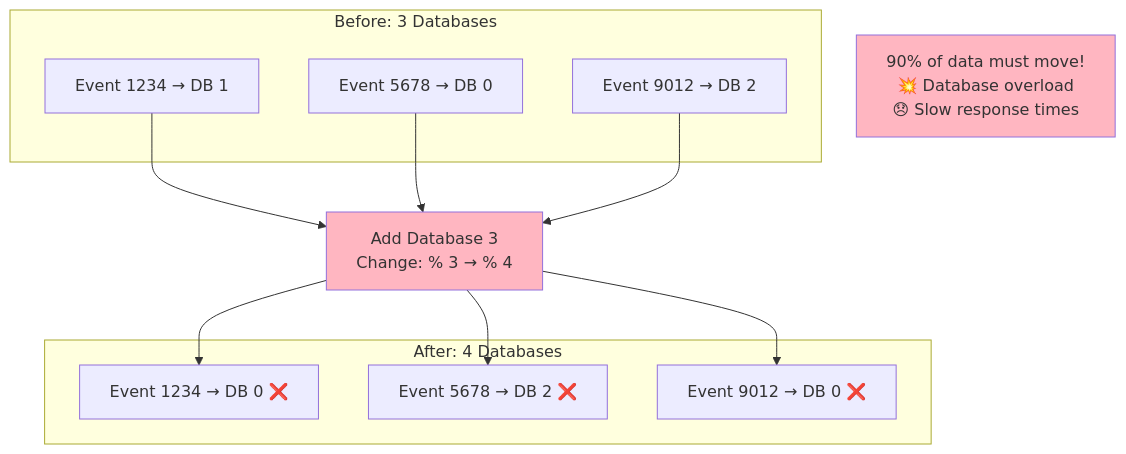
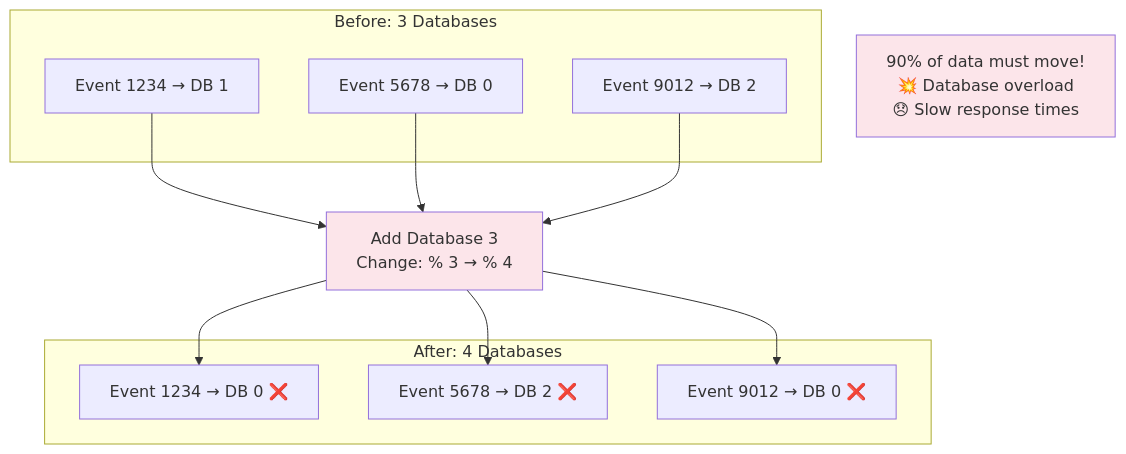
One commit to cartmancodes/InterviewVault changed the eighth of 34 diagrams in LLD/CoreConcepts/ConsistentHashing.md. Above: the diagram before and after it, drawn with Mermaid. The commit also changed other lines of this file and 679 other files, not shown here.

Commit message:
Unify content diagrams and add accessible visual walkthroughs

````diff
--- a/LLD/CoreConcepts/ConsistentHashing.md
+++ b/LLD/CoreConcepts/ConsistentHashing.md
@@ -190,29 +190,29 @@
 ```mermaid
 graph TB
     subgraph "Before: 3 Databases"
         B_E1[Event 1234 → DB 1]
         B_E2[Event 5678 → DB 0]
         B_E3[Event 9012 → DB 2]
     end
     
     ADD[Add Database 3<br/>Change: % 3 → % 4]
     
     subgraph "After: 4 Databases"
         A_E1[Event 1234 → DB 0 ❌]
         A_E2[Event 5678 → DB 2 ❌]
         A_E3[Event 9012 → DB 0 ❌]
     end
     
     B_E1 --> ADD
     B_E2 --> ADD
     B_E3 --> ADD
     
     ADD --> A_E1
     ADD --> A_E2
     ADD --> A_E3
     
     NOTE[90% of data must move!<br/>💥 Database overload<br/>😞 Slow response times]
     
-    style ADD fill:#FFB6C1
-    style NOTE fill:#FFB6C1
+    style ADD fill:#FCE5EA
+    style NOTE fill:#FCE5EA
 ```
````
